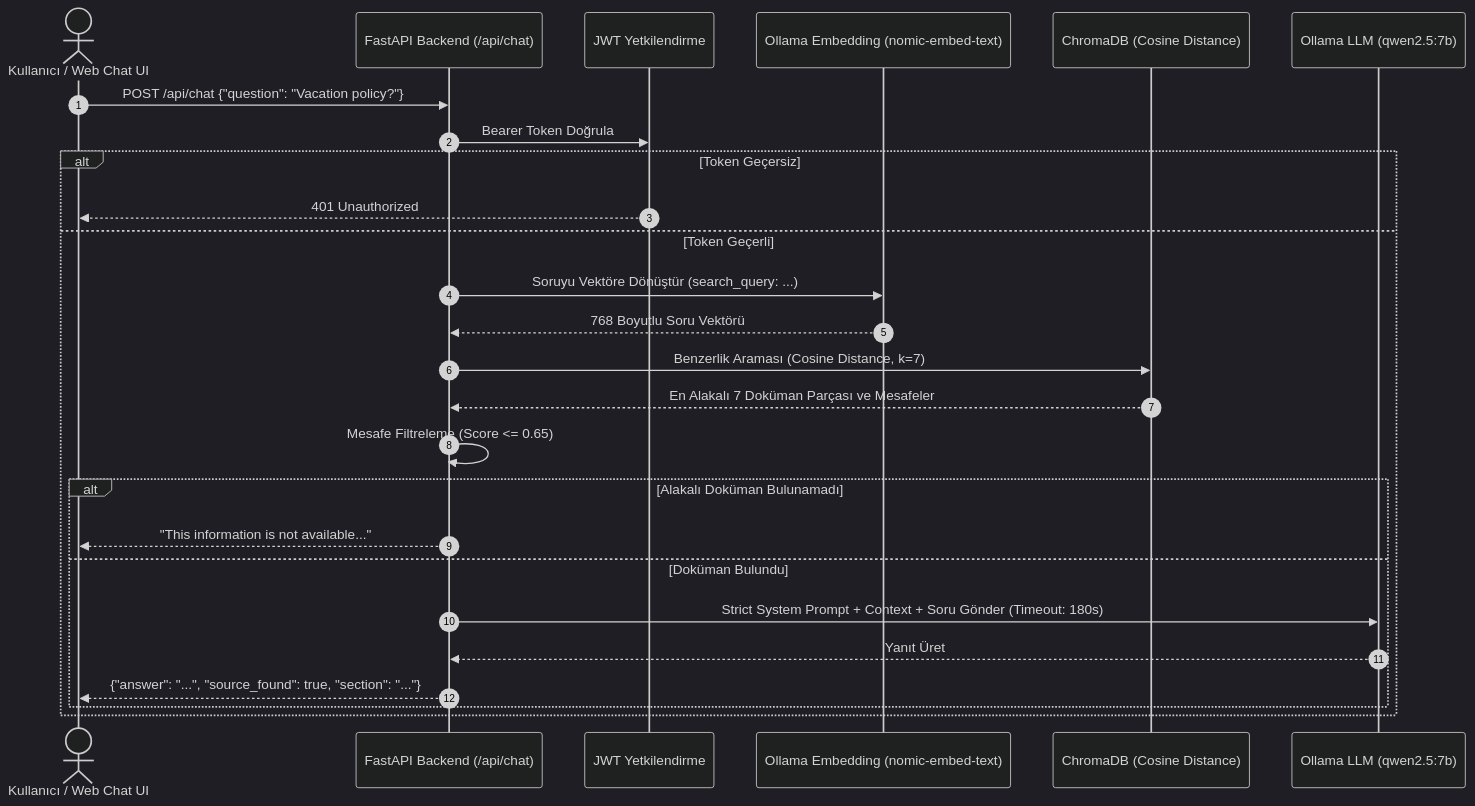
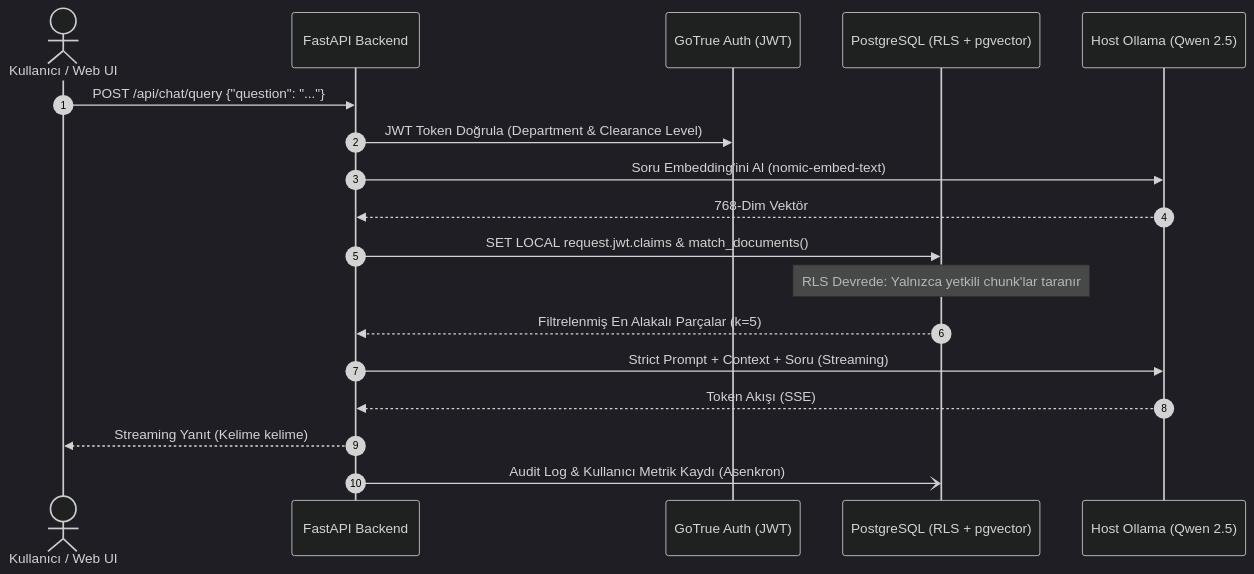
One commit to noovoy-ai/northwestern-rag-backend changed the diagram in all.md. Above: the diagram before and after it, drawn with Mermaid (dark theme). The commit also changed other lines of this file and 22 other files, not shown here.

Commit message:
feat(infra): Supabase PostgreSQL (pgvector), GoTrue auth ve yeni bağımlılık yapısı kuruldu

````diff
--- a/all.md
+++ b/all.md
@@ -174,29 +145,21 @@
 ```mermaid
 sequenceDiagram
     autonumber
-    actor User as Kullanıcı / Web Chat UI
-    participant API as FastAPI Backend (/api/chat)
-    participant Auth as JWT Yetkilendirme
-    participant Embed as Ollama Embedding (nomic-embed-text)
-    participant VDB as ChromaDB (Cosine Distance)
-    participant LLM as Ollama LLM (qwen2.5:7b)
+    actor User as Kullanıcı / Web UI
+    participant Gateway as FastAPI Backend
+    participant Auth as GoTrue Auth (JWT)
+    participant DB as PostgreSQL (RLS + pgvector)
+    participant Ollama as Host Ollama (Qwen 2.5)
 
-    User->>API: POST /api/chat {"question": "Vacation policy?"}
-    API->>Auth: Bearer Token Doğrula
-    alt Token Geçersiz
-        Auth-->>User: 401 Unauthorized
-    else Token Geçerli
-        API->>Embed: Soruyu Vektöre Dönüştür (search_query: ...)
-        Embed-->>API: 768 Boyutlu Soru Vektörü
-        API->>VDB: Benzerlik Araması (Cosine Distance, k=7)
-        VDB-->>API: En Alakalı 7 Doküman Parçası ve Mesafeler
-        API->>API: Mesafe Filtreleme (Score <= 0.65)
-        alt Alakalı Doküman Bulunamadı
-            API-->>User: "This information is not available..."
-        else Doküman Bulundu
-            API->>LLM: Strict System Prompt + Context + Soru Gönder (Timeout: 180s)
-            LLM-->>API: Yanıt Üret
-            API-->>User: {"answer": "...", "source_found": true, "section": "..."}
-        end
-    end
+    User->>Gateway: POST /api/chat/query {"question": "..."}
+    Gateway->>Auth: JWT Token Doğrula (Department & Clearance Level)
+    Gateway->>Ollama: Soru Embedding'ini Al (nomic-embed-text)
+    Ollama-->>Gateway: 768-Dim Vektör
+    Gateway->>DB: SET LOCAL request.jwt.claims & match_documents()
+    Note over DB: RLS Devrede: Yalnızca yetkili chunk'lar taranır
+    DB-->>Gateway: Filtrelenmiş En Alakalı Parçalar (k=5)
+    Gateway->>Ollama: Strict Prompt + Context + Soru (Streaming)
+    Ollama-->>Gateway: Token Akışı (SSE)
+    Gateway-->>User: Streaming Yanıt (Kelime kelime)
+    Gateway-)DB: Audit Log & Kullanıcı Metrik Kaydı (Asenkron)
 ```
````
